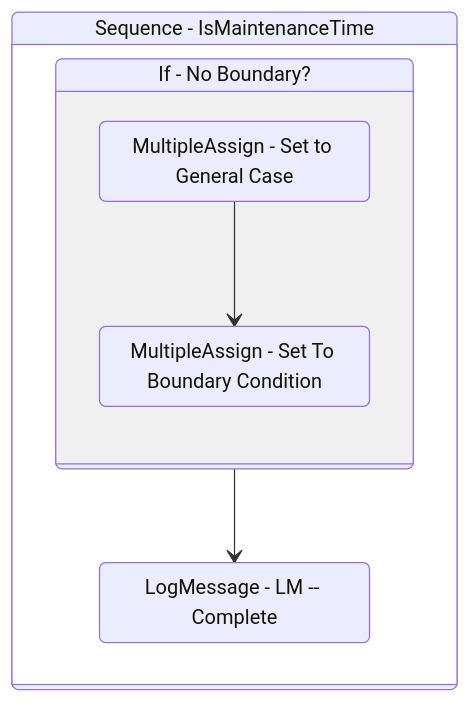
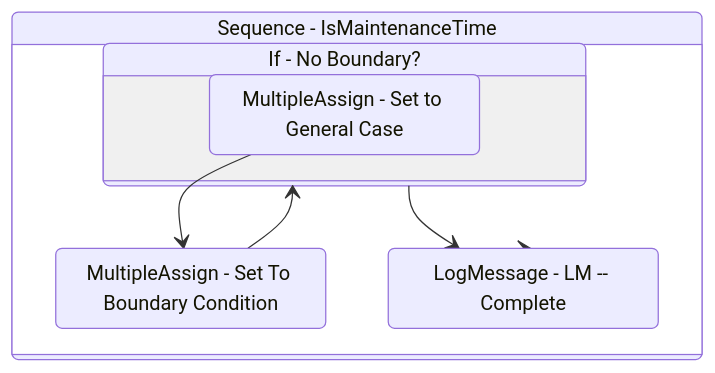
One commit to yashbrahmbhatt/LazyFramework changed the diagram in Documentation/.templates/Performers/Basic/Framework/IsMaintenanceTime.md. Above: the diagram before and after it, drawn with Mermaid. The commit also changed 83 other files, not shown here.

````diff
--- a/Documentation/.templates/Performers/Basic/Framework/IsMaintenanceTime.md
+++ b/Documentation/.templates/Performers/Basic/Framework/IsMaintenanceTime.md
@@ -81,19 +81,19 @@
 ```mermaid
 stateDiagram-v2
-
 
 Sequence_1: Sequence - IsMaintenanceTime
 state Sequence_1 {
 direction TB
-
 If_1: If - No Boundary?
 state If_1 {
 direction TB
 MultipleAssign_1 : MultipleAssign - Set to General Case
 MultipleAssign_2 : MultipleAssign - Set To Boundary Condition
 MultipleAssign_1 --> MultipleAssign_2
 }
+MultipleAssign_2 --> If_1
 LogMessage_1 : LogMessage - LM -- Complete
 If_1 --> LogMessage_1
 }
+LogMessage_1 --> Sequence_1
 ```
````
